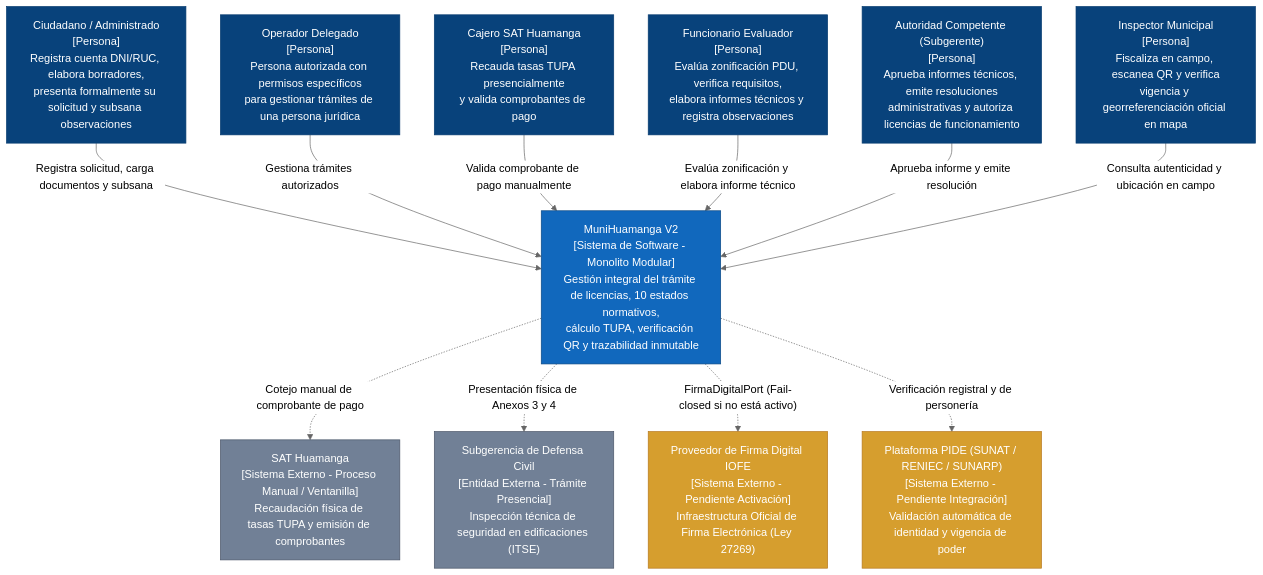
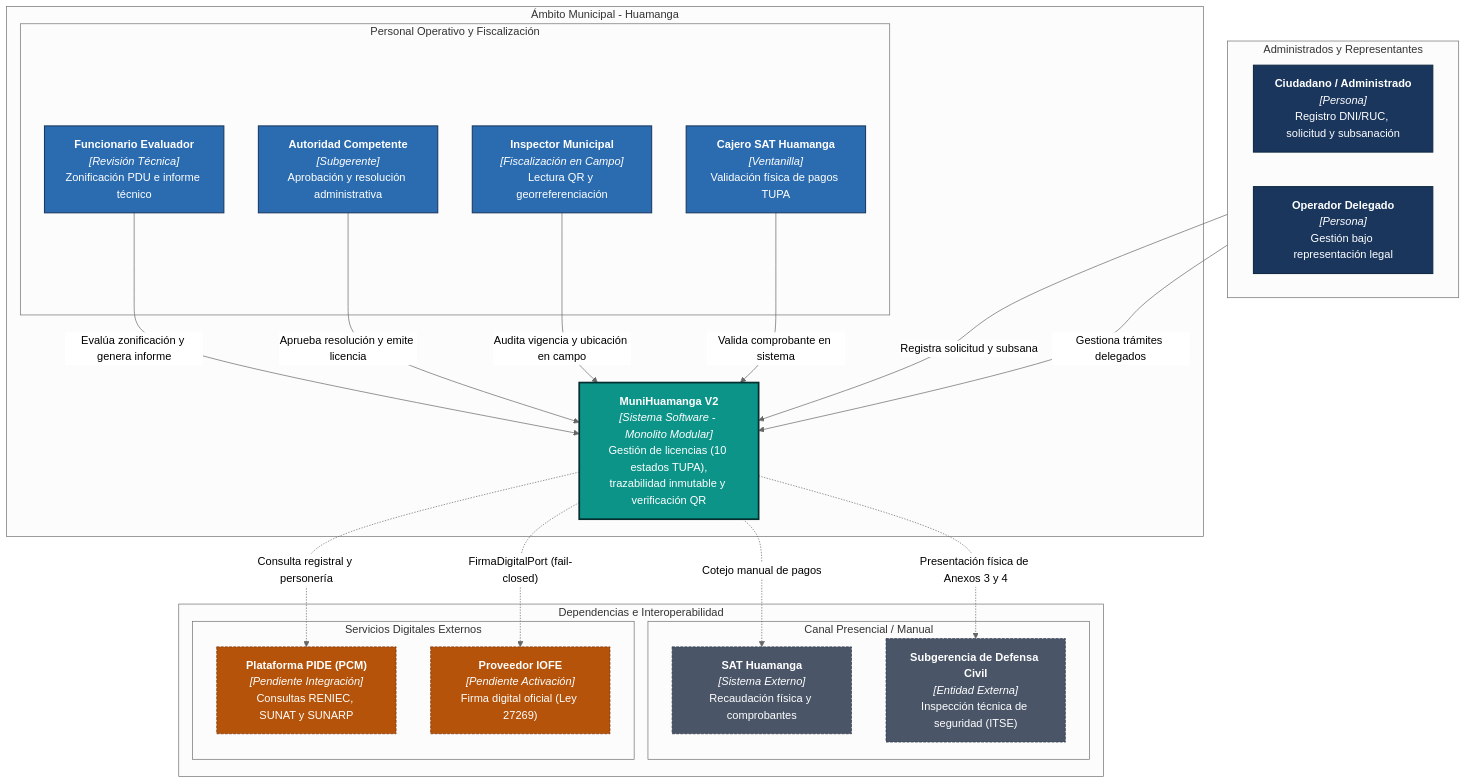
The first of 4 diagrams in docs/arquitectura/c4-model.md (Issirc20/MuniHuamanga), drawn with Mermaid (neutral theme) before and after one commit. The commit also changed other lines of this file and 51 other files, not shown here.

````diff
--- a/docs/arquitectura/c4-model.md
+++ b/docs/arquitectura/c4-model.md
@@ -28,33 +28,65 @@
 ```mermaid
 graph TD
-    classDef person fill:#08427b,stroke:#073b6f,color:#fff;
-    classDef system fill:#1168bd,stroke:#0b4884,color:#fff;
-    classDef extManual fill:#718096,stroke:#4a5568,color:#fff;
-    classDef extPendiente fill:#d69e2e,stroke:#b7791f,color:#fff;
+    %% ==========================================
+    %% ESTILOS VISUALES
+    %% ==========================================
+    classDef actorExt fill:#1A365D,stroke:#0F2942,color:#FFFFFF,stroke-width:1.5px;
+    classDef actorInt fill:#2B6CB0,stroke:#1A365D,color:#FFFFFF,stroke-width:1.5px;
+    classDef coreSys  fill:#0D9488,stroke:#042F2E,color:#FFFFFF,stroke-width:2.5px;
+    classDef extOff   fill:#4A5568,stroke:#2D3748,color:#FFFFFF,stroke-dasharray: 4 2;
+    classDef extPend  fill:#B45309,stroke:#78350F,color:#FFFFFF,stroke-dasharray: 4 2;
 
-    ciudadano["Ciudadano / Administrado<br>[Persona]<br>Registra cuenta DNI/RUC, elabora borradores,<br>presenta formalmente su solicitud y subsana observaciones"]:::person
-    operador["Operador Delegado<br>[Persona]<br>Persona autorizada con permisos específicos<br>para gestionar trámites de una persona jurídica"]:::person
-    cajeroSat["Cajero SAT Huamanga<br>[Persona]<br>Recauda tasas TUPA presencialmente<br>y valida comprobantes de pago"]:::person
-    evaluador["Funcionario Evaluador<br>[Persona]<br>Evalúa zonificación PDU, verifica requisitos,<br>elabora informes técnicos y registra observaciones"]:::person
-    autoridad["Autoridad Competente (Subgerente)<br>[Persona]<br>Aprueba informes técnicos, emite resoluciones<br>administrativas y autoriza licencias de funcionamiento"]:::person
-    inspector["Inspector Municipal<br>[Persona]<br>Fiscaliza en campo, escanea QR y verifica<br>vigencia y georreferenciación oficial en mapa"]:::person
+    %% ==========================================
+    %% ACTORES EXTERNOS
+    %% ==========================================
+    subgraph G_EXT["Administrados y Representantes"]
+        direction LR
+        ciudadano["<b>Ciudadano / Administrado</b><br/><i>[Persona]</i><br/>Registro DNI/RUC, solicitud y subsanación"]:::actorExt
+        operador["<b>Operador Delegado</b><br/><i>[Persona]</i><br/>Gestión bajo representación legal"]:::actorExt
+    end
 
-    sistema["MuniHuamanga V2<br>[Sistema de Software - Monolito Modular]<br>Gestión integral del trámite de licencias, 10 estados normativos,<br>cálculo TUPA, verificación QR y trazabilidad inmutable"]:::system
+    %% ==========================================
+    %% SISTEMA Y EQUIPO MUNICIPAL
+    %% ==========================================
+    subgraph G_MUN["Ámbito Municipal - Huamanga"]
+        sistema["<b>MuniHuamanga V2</b><br/><i>[Sistema Software - Monolito Modular]</i><br/>Gestión de licencias (10 estados TUPA),<br/>trazabilidad inmutable y verificación QR"]:::coreSys
 
-    sat["SAT Huamanga<br>[Sistema Externo - Proceso Manual / Ventanilla]<br>Recaudación física de tasas TUPA y emisión de comprobantes"]:::extManual
-    defensaCivil["Subgerencia de Defensa Civil<br>[Entidad Externa - Trámite Presencial]<br>Inspección técnica de seguridad en edificaciones (ITSE)"]:::extManual
-    iofe["Proveedor de Firma Digital IOFE<br>[Sistema Externo - Pendiente Activación]<br>Infraestructura Oficial de Firma Electrónica (Ley 27269)"]:::extPendiente
-    pide["Plataforma PIDE (SUNAT / RENIEC / SUNARP)<br>[Sistema Externo - Pendiente Integración]<br>Validación automática de identidad y vigencia de poder"]:::extPendiente
+        subgraph G_STAFF["Personal Operativo y Fiscalización"]
+            evaluador["<b>Funcionario Evaluador</b><br/><i>[Revisión Técnica]</i><br/>Zonificación PDU e informe técnico"]:::actorInt
+            autoridad["<b>Autoridad Competente</b><br/><i>[Subgerente]</i><br/>Aprobación y resolución administrativa"]:::actorInt
+            inspector["<b>Inspector Municipal</b><br/><i>[Fiscalización en Campo]</i><br/>Lectura QR y georreferenciación"]:::actorInt
+            cajeroSat["<b>Cajero SAT Huamanga</b><br/><i>[Ventanilla]</i><br/>Validación física de pagos TUPA"]:::actorInt
+        end
+    end
 
-    ciudadano -->|"Registra solicitud, carga documentos y subsana"| sistema
-    operador -->|"Gestiona trámites autorizados"| sistema
-    cajeroSat -->|"Valida comprobante de pago manualmente"| sistema
-    evaluador -->|"Evalúa zonificación y elabora informe técnico"| sistema
-    autoridad -->|"Aprueba informe y emite resolución"| sistema
-    inspector -->|"Consulta autenticidad y ubicación en campo"| sistema
+    %% ==========================================
+    %% INTEGRACIONES Y SISTEMAS EXTERNOS
+    %% ==========================================
+    subgraph G_INT["Dependencias e Interoperabilidad"]
+        subgraph G_MANUAL["Canal Presencial / Manual"]
+            sat["<b>SAT Huamanga</b><br/><i>[Sistema Externo]</i><br/>Recaudación física y comprobantes"]:::extOff
+            defensaCivil["<b>Subgerencia de Defensa Civil</b><br/><i>[Entidad Externa]</i><br/>Inspección técnica de seguridad (ITSE)"]:::extOff
+        end
 
-    sistema -.->|"Cotejo manual de comprobante de pago"| sat
+        subgraph G_SERVICES["Servicios Digitales Externos"]
+            pide["<b>Plataforma PIDE (PCM)</b><br/><i>[Pendiente Integración]</i><br/>Consultas RENIEC, SUNAT y SUNARP"]:::extPend
+            iofe["<b>Proveedor IOFE</b><br/><i>[Pendiente Activación]</i><br/>Firma digital oficial (Ley 27269)"]:::extPend
+        end
+    end
+
+    %% ==========================================
+    %% RELACIONES
+    %% ==========================================
+    ciudadano   -->|"Registra solicitud y subsana"| sistema
+    operador    -->|"Gestiona trámites delegados"| sistema
+
+    evaluador   -->|"Evalúa zonificación y genera informe"| sistema
+    autoridad   -->|"Aprueba resolución y emite licencia"| sistema
+    inspector   -->|"Audita vigencia y ubicación en campo"| sistema
+    cajeroSat   -->|"Valida comprobante en sistema"| sistema
+
+    sistema -.->|"Cotejo manual de pagos"| sat
     sistema -.->|"Presentación física de Anexos 3 y 4"| defensaCivil
-    sistema -.->|"FirmaDigitalPort (Fail-closed si no está activo)"| iofe
-    sistema -.->|"Verificación registral y de personería"| pide
+    sistema -.->|"Consulta registral y personería"| pide
+    sistema -.->|"FirmaDigitalPort (fail-closed)"| iofe
 ```
````
